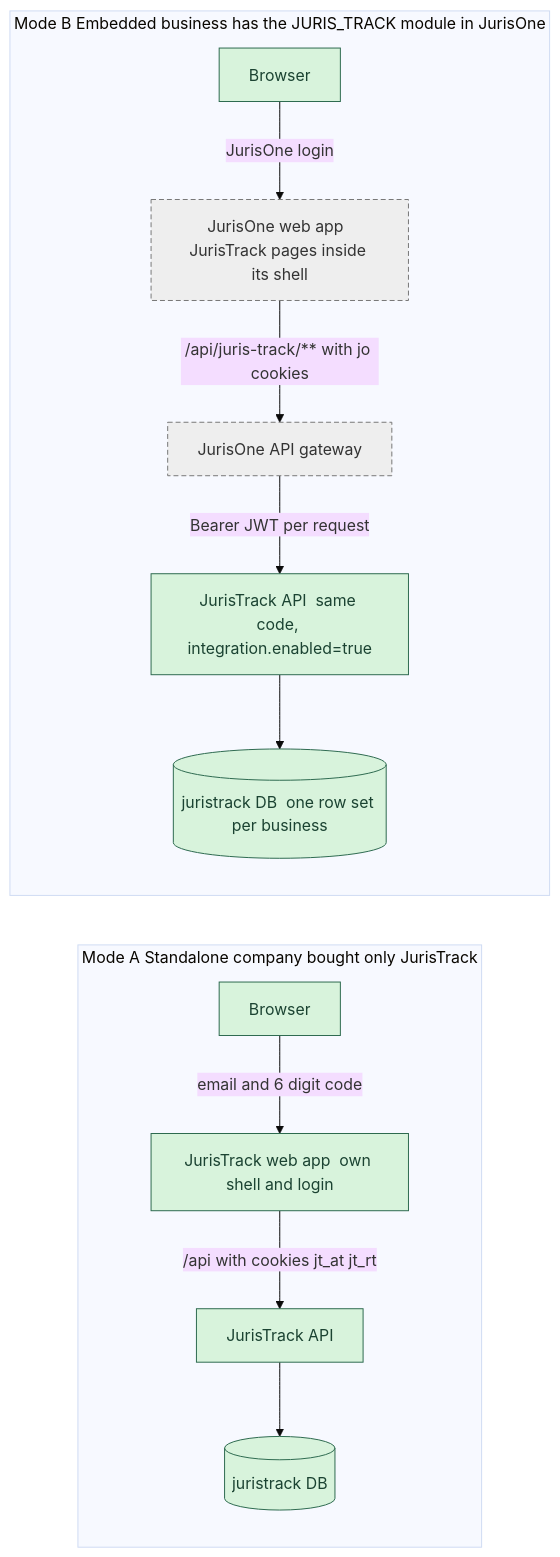
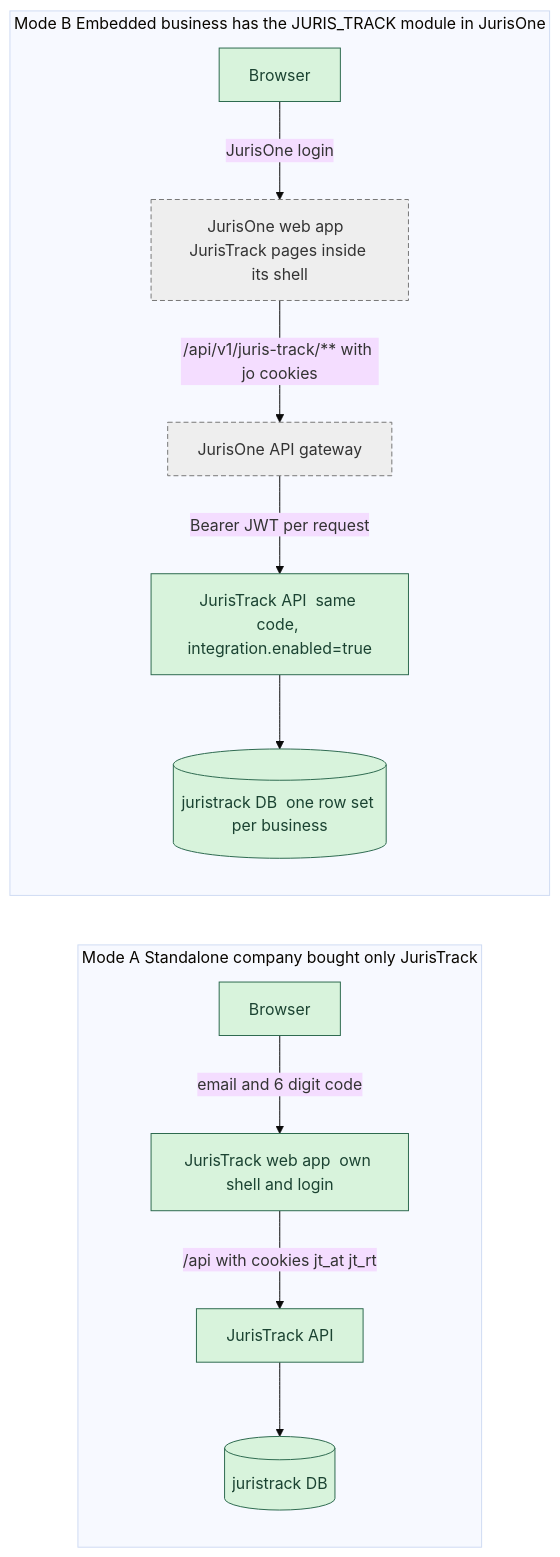
One commit to amitjurislpo/Juris-one changed the third of 6 diagrams in references/FLOW-JurisTrack-JurisOne-Connection.md. Above: the diagram before and after it, drawn with Mermaid (base theme). The commit also changed other lines of this file and 95 other files, not shown here.

````diff
--- a/references/FLOW-JurisTrack-JurisOne-Connection.md
+++ b/references/FLOW-JurisTrack-JurisOne-Connection.md
@@ -111,30 +111,30 @@
 ```mermaid
 flowchart LR
     subgraph STAND["Mode A  Standalone  company bought only JurisTrack"]
         direction TB
         SB["Browser"]:::built
         SW["JurisTrack web app  own shell and login"]:::built
         SA["JurisTrack API"]:::built
         SD[("juristrack DB")]:::built
         SB -->|"email and 6 digit code"| SW
         SW -->|"/api with cookies jt_at jt_rt"| SA
         SA --> SD
     end
 
     subgraph EMB["Mode B  Embedded  business has the JURIS_TRACK module in JurisOne"]
         direction TB
         EB["Browser"]:::built
         EW["JurisOne web app  JurisTrack pages inside its shell"]:::planned
         EG["JurisOne API  gateway"]:::planned
         EA["JurisTrack API  same code, integration.enabled=true"]:::built
         ED[("juristrack DB  one row set per business")]:::built
         EB -->|"JurisOne login"| EW
-        EW -->|"/api/juris-track/** with jo cookies"| EG
+        EW -->|"/api/v1/juris-track/** with jo cookies"| EG
         EG -->|"Bearer JWT per request"| EA
         EA --> ED
     end
 
     classDef built fill:#d8f3dc,stroke:#2d6a4f,color:#1b4332
     classDef specified fill:#fff3bf,stroke:#b08900,color:#5c4500
     classDef planned fill:#eeeeee,stroke:#777777,color:#333333,stroke-dasharray: 5 3
 ```
````
